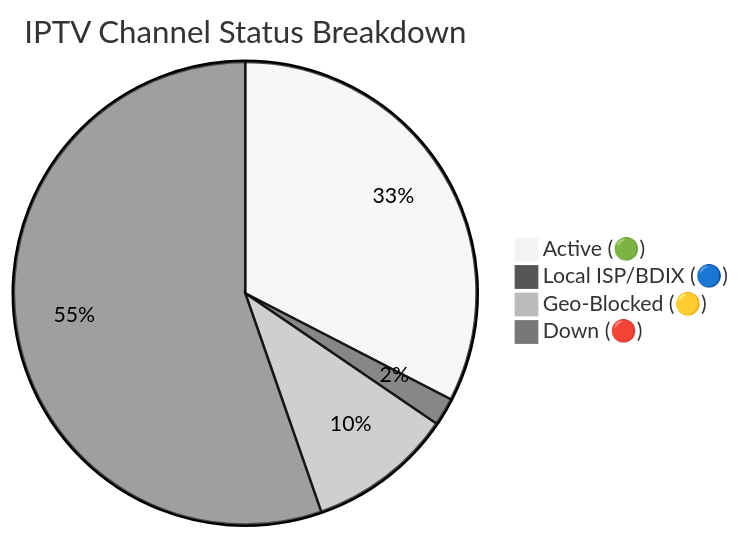
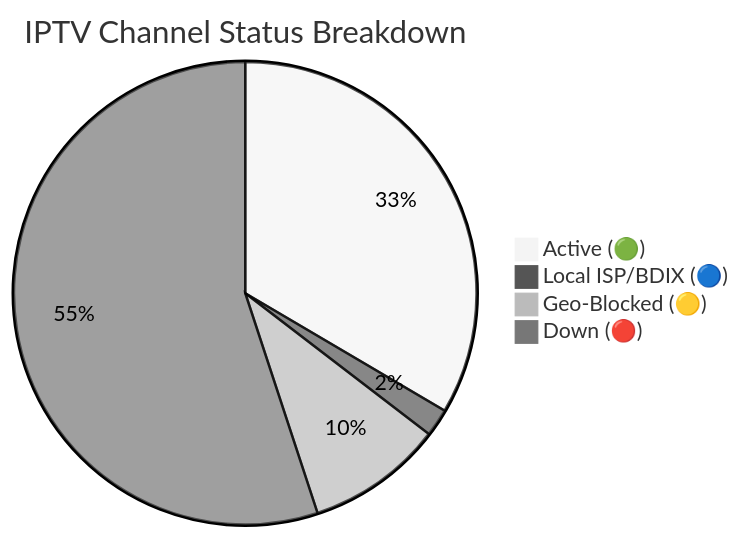
The diagram in README.md (andreataylord/Ip-tv-Collection), drawn with Mermaid (neutral theme) before and after one commit. The commit also changed other lines of this file and 2 other files, not shown here.

````diff
--- a/README.md
+++ b/README.md
@@ -59,7 +59,7 @@
 ```mermaid
 pie title IPTV Channel Status Breakdown
-    "Active (🟢)" : 2144
+    "Active (🟢)" : 2214
     "Local ISP/BDIX (🔵)" : 128
-    "Geo-Blocked (🟡)" : 668
-    "Down (🔴)" : 3641
+    "Geo-Blocked (🟡)" : 631
+    "Down (🔴)" : 3642
 ```
````
